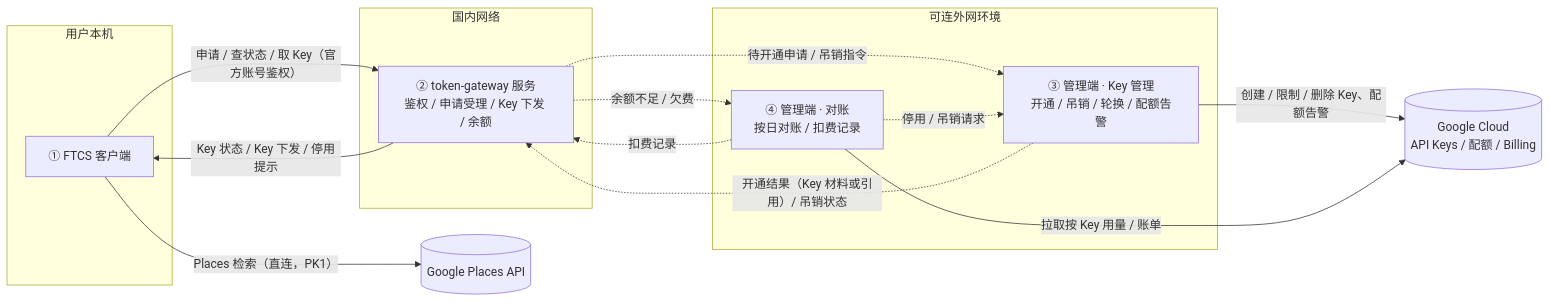
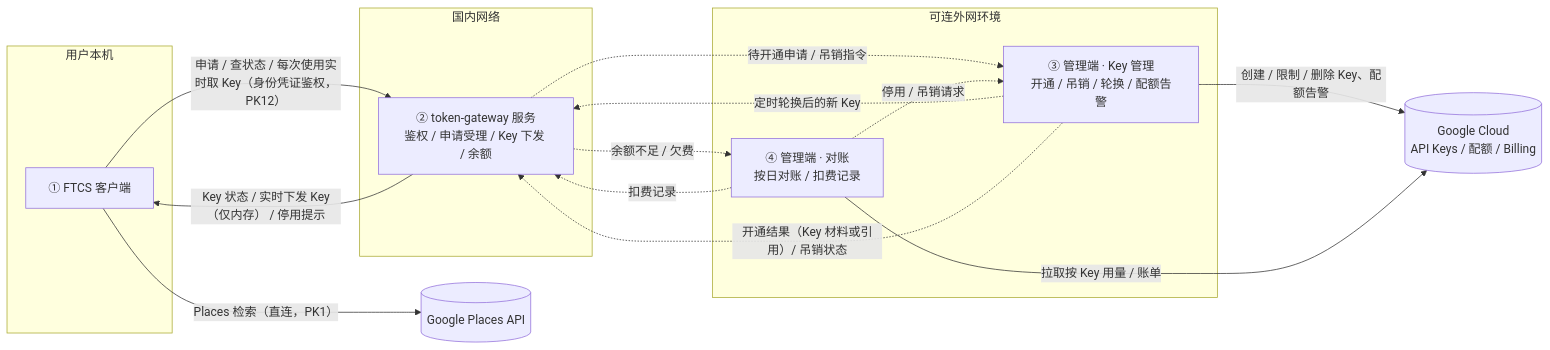
Before and after one commit to Pedro-MAFS/ftcs: the first of 2 diagrams in docs/30-需求-Places官方通道按用户下发APIKey.md, drawn with Mermaid. The commit also changed other lines of this file, not shown here.

First line of the commit message:
docs(US-PK): Key 不落盘改实时获取，支持轮换与身份凭证吊销

````diff
--- a/docs/30-需求-Places官方通道按用户下发APIKey.md
+++ b/docs/30-需求-Places官方通道按用户下发APIKey.md
@@ -73,26 +74,27 @@
 ```mermaid
 flowchart LR
   subgraph User[用户本机]
     C[① FTCS 客户端]
   end
   subgraph CN[国内网络]
     G[② token-gateway 服务<br/>鉴权 / 申请受理 / Key 下发 / 余额]
   end
   subgraph Intl[可连外网环境]
     AK[③ 管理端 · Key 管理<br/>开通 / 吊销 / 轮换 / 配额告警]
     AR[④ 管理端 · 对账<br/>按日对账 / 扣费记录]
   end
   GP[(Google Places API)]
   GC[(Google Cloud<br/>API Keys / 配额 / Billing)]
 
-  C -- 申请 / 查状态 / 取 Key（官方账号鉴权） --> G
-  G -- Key 状态 / Key 下发 / 停用提示 --> C
+  C -- 申请 / 查状态 / 每次使用实时取 Key（身份凭证鉴权，PK12） --> G
+  G -- Key 状态 / 实时下发 Key（仅内存） / 停用提示 --> C
   C -- Places 检索（直连，PK1） --> GP
   G -. 待开通申请 / 吊销指令 .-> AK
+  AK -. 定时轮换后的新 Key .-> G
   AK -. 开通结果（Key 材料或引用）/ 吊销状态 .-> G
   AK -- 创建 / 限制 / 删除 Key、配额告警 --> GC
   AR -- 拉取按 Key 用量 / 账单 --> GC
   AR -. 扣费记录 .-> G
   G -. 余额不足 / 欠费 .-> AR
   AR -. 停用 / 吊销请求 .-> AK
 ```
````
